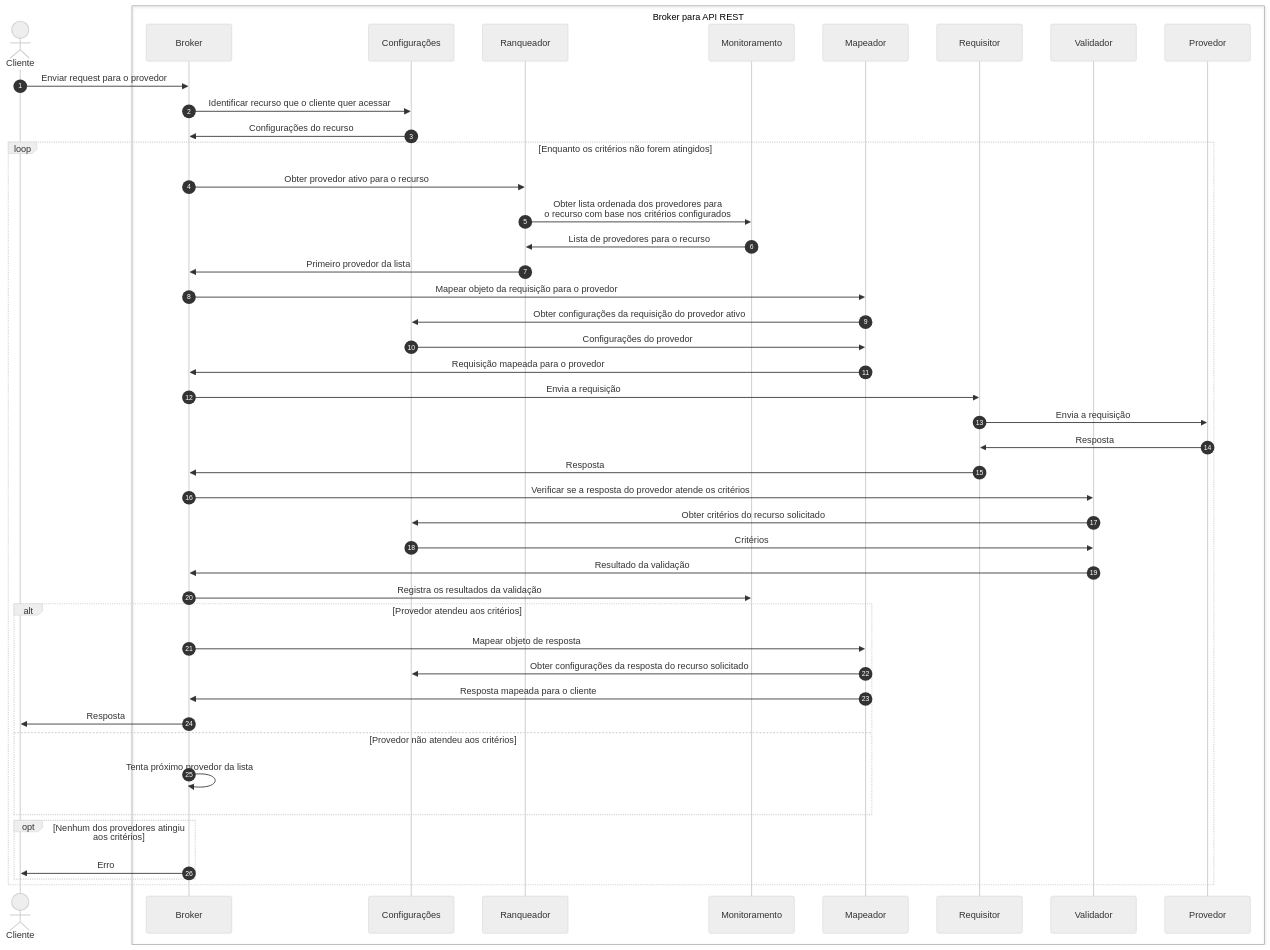
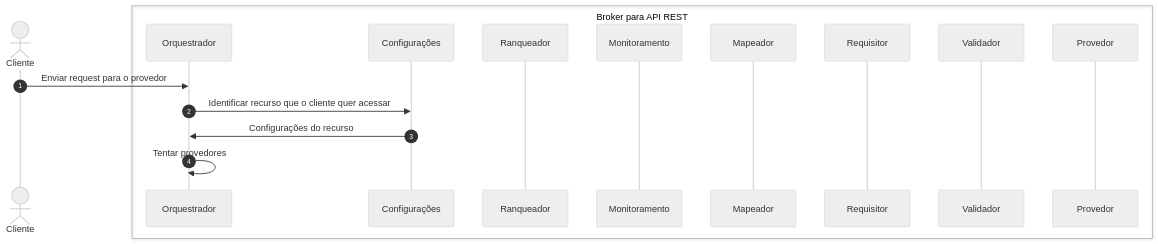
Before and after one commit to pedrofgd/api-rest-broker: the diagram in Docs/tccii/diagramas/seq_requisicao.mmd, drawn with Mermaid.

Commit message:
DOC: Ajuste diagrama seq requisição

```diff
--- a/Docs/tccii/diagramas/seq_requisicao.mmd
+++ b/Docs/tccii/diagramas/seq_requisicao.mmd
@@ -1,50 +1,21 @@
 %%{init: {'theme':'neutral'}}%%
 
 sequenceDiagram
     actor Cliente
 
     box Broker para API REST
-    participant Broker
+    participant Orquestrador
     participant Configurações
     participant Ranqueador
     participant Monitoramento
     participant Mapeador
     participant Requisitor
     participant Validador
     participant Provedor
     end
     
     autonumber
-    Cliente->>Broker: Enviar request para o provedor
-    Broker->>Configurações: Identificar recurso que o cliente quer acessar
-    Configurações->>Broker: Configurações do recurso
-    loop Enquanto os critérios não forem atingidos
-        Broker->>Ranqueador: Obter provedor ativo para o recurso
-        Ranqueador->>Monitoramento: Obter lista ordenada dos provedores para<br> o recurso com base nos critérios configurados
-        Monitoramento->>Ranqueador: Lista de provedores para o recurso
-        Ranqueador->>Broker: Primeiro provedor da lista
-        Broker->>Mapeador: Mapear objeto da requisição para o provedor
-        Mapeador->>Configurações: Obter configurações da requisição do provedor ativo
-        Configurações->>Mapeador: Configurações do provedor
-        Mapeador->>Broker: Requisição mapeada para o provedor
-        Broker->>Requisitor: Envia a requisição
-        Requisitor->>Provedor: Envia a requisição
-        Provedor->>Requisitor: Resposta
-        Requisitor->>Broker: Resposta
-        Broker->>Validador: Verificar se a resposta do provedor atende os critérios
-        Validador->>Configurações: Obter critérios do recurso solicitado
-        Configurações->>Validador: Critérios
-        Validador->>Broker: Resultado da validação
-        Broker->>Monitoramento: Registra os resultados da validação
-        alt Provedor atendeu aos critérios
-            Broker->>Mapeador: Mapear objeto de resposta
-            Mapeador->>Configurações: Obter configurações da resposta do recurso solicitado
-            Mapeador->>Broker: Resposta mapeada para o cliente
-            Broker->>Cliente: Resposta
-        else Provedor não atendeu aos critérios
-            Broker->>Broker: Tenta próximo provedor da lista 
-        end
-        opt Nenhum dos provedores atingiu aos critérios
-            Broker->>Cliente: Erro
-        end
-    end
+    Cliente->>Orquestrador: Enviar request para o provedor
+    Orquestrador->>Configurações: Identificar recurso que o cliente quer acessar
+    Configurações->>Orquestrador: Configurações do recurso
+    Orquestrador ->> Orquestrador: Tentar provedores
```
